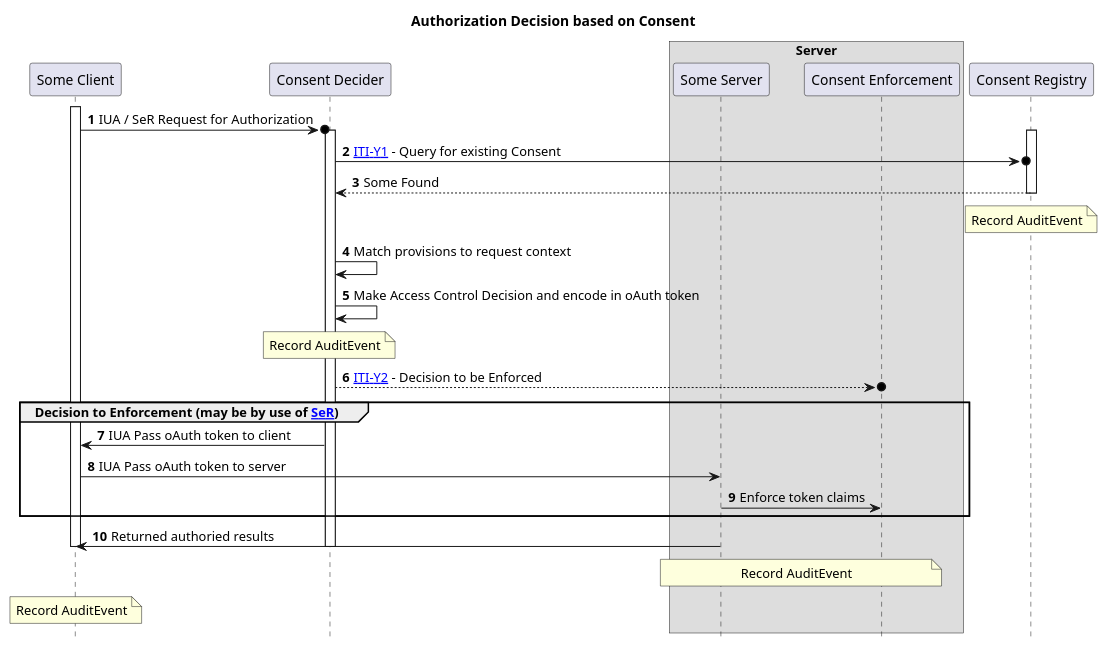
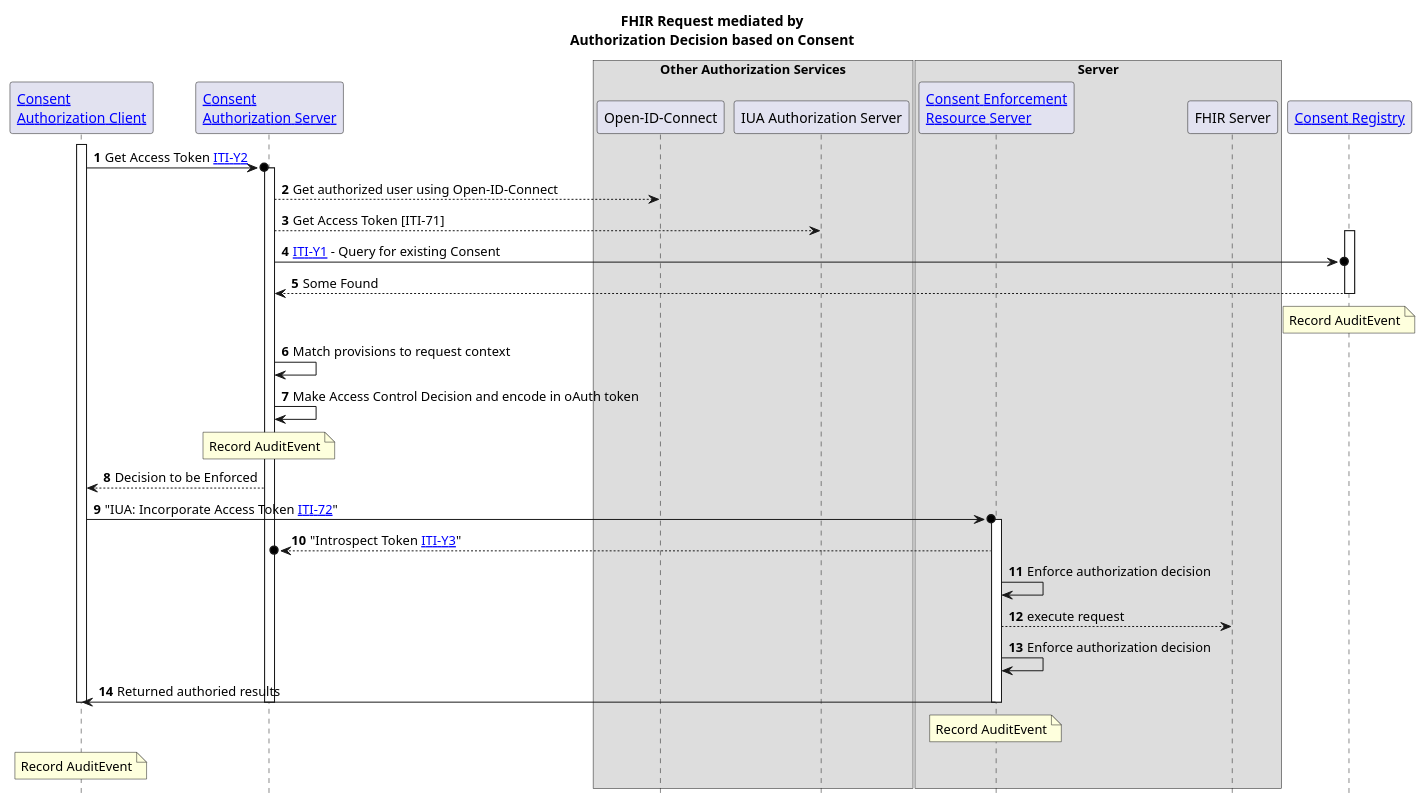
The diagram in input/images-source/usecase3-processflow.plantuml (IHE/ITI.PCF), drawn with PlantUML before and after one commit. The commit also changed 9 other files, not shown here.

```diff
--- a/input/images-source/usecase3-processflow.plantuml
+++ b/input/images-source/usecase3-processflow.plantuml
@@ -1,41 +1,48 @@
 @startuml
 skinparam svgDimensionStyle false
 hide footbox
 autonumber
-title "Authorization Decision based on Consent"
-participant "Some Client" as client
-participant "Consent Decider" as decision
+title "FHIR Request mediated by\nAuthorization Decision based on Consent"
+participant "[[#consentclient Consent\nAuthorization Client]]" as client
+participant "[[#consentdecision Consent\nAuthorization Server]]" as decision
+box "Other Authorization Services"
+participant "Open-ID-Connect" as oidc
+participant "IUA Authorization Server" as IUA
+end box
 box "Server"
-participant "Some Server" as server
-participant "Consent Enforcement" as enforce
+participant "[[#consentenforce Consent Enforcement\nResource Server]]" as server
+participant "FHIR Server" as fhir
 end box
-participant "Consent Registry" as registry
+participant "[[#consentregistry Consent Registry]]" as registry
 activate client
-client ->o decision : IUA / SeR Request for Authorization
+client ->o decision : Get Access Token [[ITI-Y2.html ITI-Y2]]
 activate decision
+decision --> oidc : Get authorized user using Open-ID-Connect
+decision --> IUA : Get Access Token [ITI-71]
 activate registry
 decision ->o registry : [[ITI-Y1.html ITI-Y1]] - Query for existing Consent
 registry --> decision : Some Found
 note over registry : Record AuditEvent
 deactivate registry
 
 decision -> decision : Match provisions to request context
 decision -> decision : Make Access Control Decision and encode in oAuth token
 note over decision : Record AuditEvent
 
-decision -->o enforce : [[ITI-Y2.html ITI-Y2]] - Decision to be Enforced
-group Decision to Enforcement (may be by use of [[https://profiles.ihe.net/ITI/SeR/index.html SeR]])
-    client <- decision : IUA Pass oAuth token to client
-    client -> server : IUA Pass oAuth token to server
-    server -> enforce : Enforce token claims
-end group
+decision --> client:  Decision to be Enforced
+client ->o server : "IUA: Incorporate Access Token [[https://profiles.ihe.net/ITI/IUA/index.html#372-incorporate-access-token-iti-72 ITI-72]]"
+activate server
+server -->o decision : "Introspect Token [[ITI-Y3.html ITI-Y3]]"
+server -> server: Enforce authorization decision
+server --> fhir : execute request
+server -> server: Enforce authorization decision
 client <- server : Returned authoried results
+deactivate server
 deactivate decision 
 
-note over server, enforce : Record AuditEvent
-deactivate enforce  
+note over server : Record AuditEvent
 deactivate server
 
 note over client : Record AuditEvent
 deactivate client 
 @enduml
```
